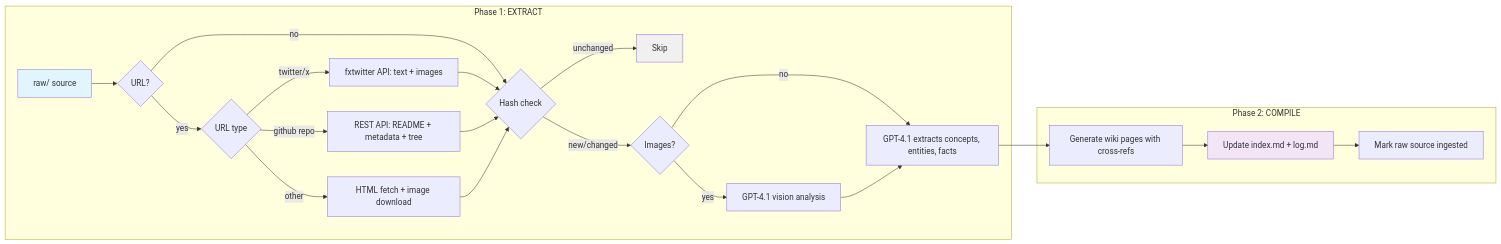
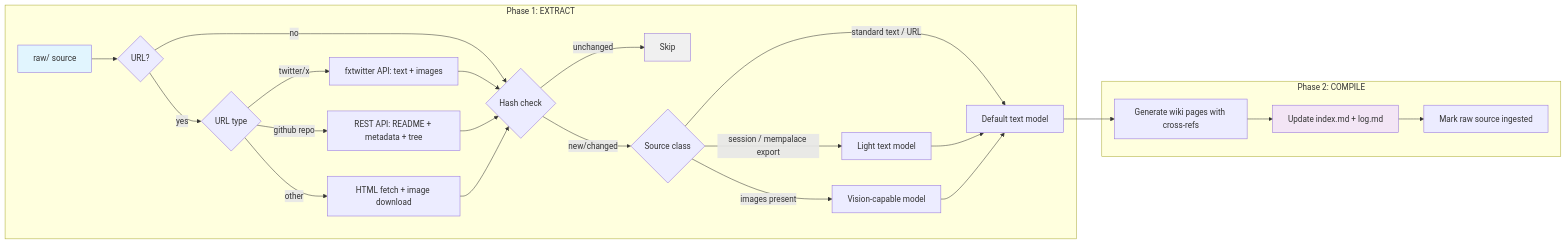
Before and after one commit to jbl306/labs-wiki: the second of 3 diagrams in docs/architecture.md, drawn with Mermaid. The commit also changed other lines of this file and 6 other files, not shown here.

````diff
--- a/docs/architecture.md
+++ b/docs/architecture.md
@@ -74,29 +74,31 @@
 ```mermaid
 flowchart LR
     subgraph "Phase 1: EXTRACT"
         RAW[raw/ source] --> FETCH{URL?}
         FETCH -->|yes| ROUTE{URL type}
         FETCH -->|no| HASH
         ROUTE -->|twitter/x| TW[fxtwitter API: text + images]
         ROUTE -->|github repo| GH[REST API: README + metadata + tree]
         ROUTE -->|other| HTML[HTML fetch + image download]
         TW --> HASH
         GH --> HASH
         HTML --> HASH
         HASH{Hash check} -->|unchanged| SKIP[Skip]
-        HASH -->|new/changed| VISION{Images?}
-        VISION -->|yes| IMG[GPT-4.1 vision analysis]
-        VISION -->|no| EXTRACT[GPT-4.1 extracts concepts, entities, facts]
+        HASH -->|new/changed| CLASSIFY{Source class}
+        CLASSIFY -->|session / mempalace export| LIGHT[Light text model]
+        CLASSIFY -->|standard text / URL| EXTRACT[Default text model]
+        CLASSIFY -->|images present| IMG[Vision-capable model]
+        LIGHT --> EXTRACT
         IMG --> EXTRACT
     end
 
     subgraph "Phase 2: COMPILE"
         EXTRACT --> GEN[Generate wiki pages with cross-refs]
         GEN --> IDX[Update index.md + log.md]
         IDX --> STATUS[Mark raw source ingested]
     end
 
     style SKIP fill:#f0f0f0
     style RAW fill:#e1f5fe
     style IDX fill:#f3e5f5
 ```
````
